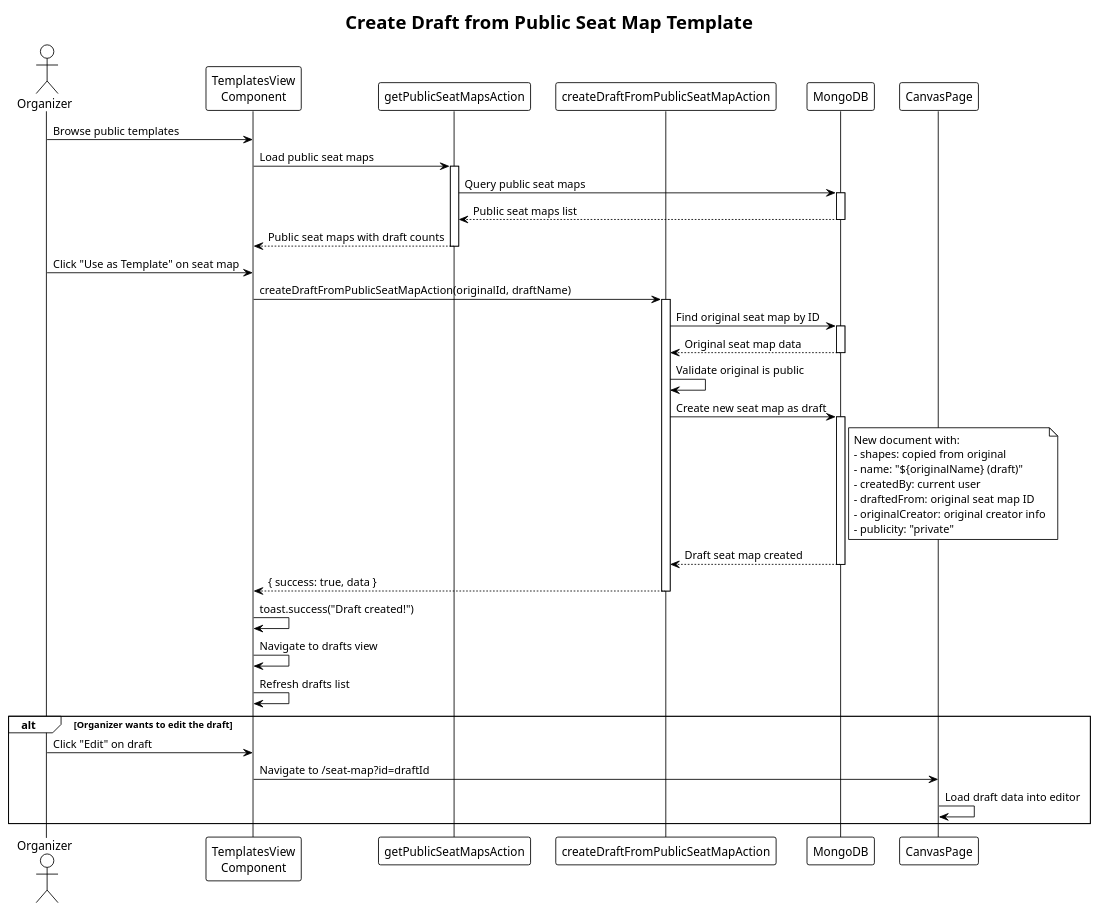
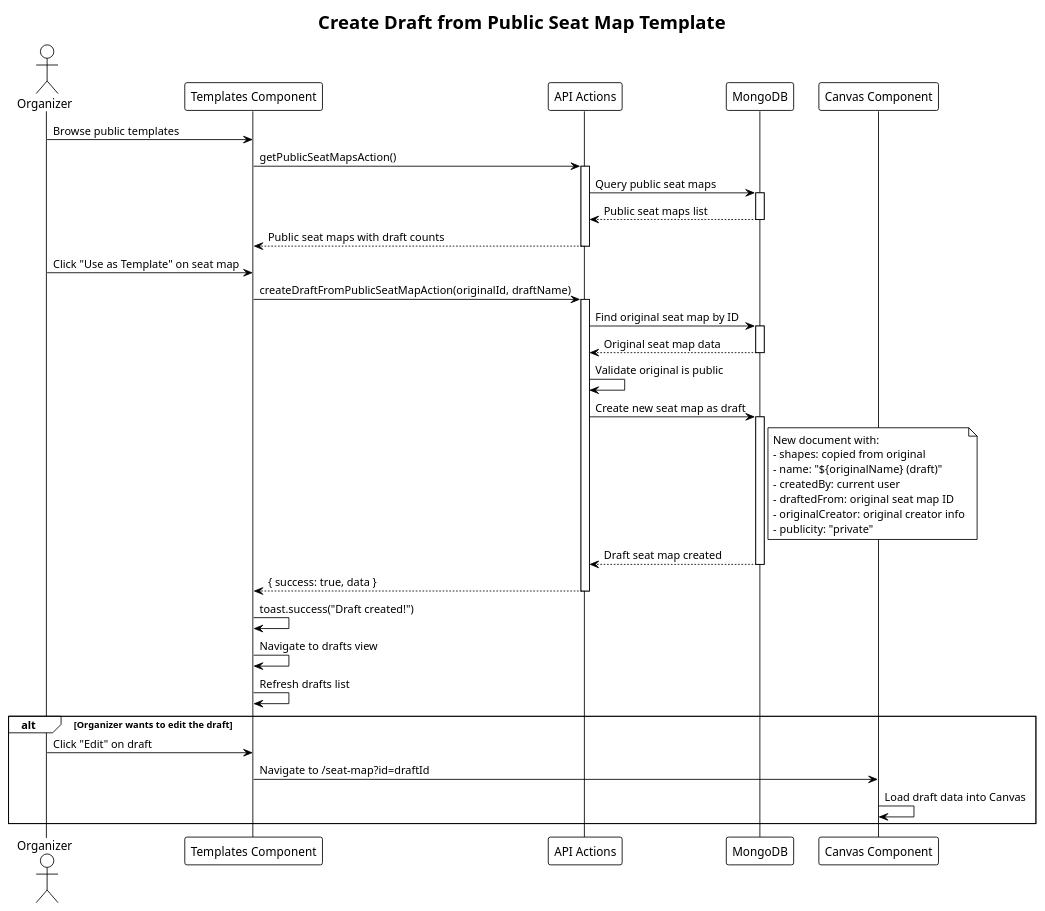
One commit to VieTicket/vieticket-monorepo changed the second of 5 diagrams in puml/seat-map.puml. Above: the diagram before and after it, drawn with PlantUML. The commit also changed other lines of this file and 4 other files, not shown here.

Commit message:
[OPS-28] seq diagram for seatmap

```diff
--- a/puml/seat-map.puml
+++ b/puml/seat-map.puml
@@ -88,62 +87,61 @@
 @startuml create-draft-from-template
 !theme plain
 title Create Draft from Public Seat Map Template
 
 actor Organizer
-participant "TemplatesView\nComponent" as Templates
-participant "getPublicSeatMapsAction" as GetPublic
-participant "createDraftFromPublicSeatMapAction" as CreateDraft
+participant "Templates Component" as Templates
+participant "API Actions" as Actions
 participant "MongoDB" as MongoDB
-participant "CanvasPage" as Canvas
+participant "Canvas Component" as Canvas
 
 Organizer -> Templates: Browse public templates
-Templates -> GetPublic: Load public seat maps
-activate GetPublic
+Templates -> Actions: getPublicSeatMapsAction()
+activate Actions
 
-GetPublic -> MongoDB: Query public seat maps
+Actions -> MongoDB: Query public seat maps
 activate MongoDB
-MongoDB --> GetPublic: Public seat maps list
+MongoDB --> Actions: Public seat maps list
 deactivate MongoDB
 
-GetPublic --> Templates: Public seat maps with draft counts
-deactivate GetPublic
+Actions --> Templates: Public seat maps with draft counts
+deactivate Actions
 
 Organizer -> Templates: Click "Use as Template" on seat map
-Templates -> CreateDraft: createDraftFromPublicSeatMapAction(originalId, draftName)
-activate CreateDraft
+Templates -> Actions: createDraftFromPublicSeatMapAction(originalId, draftName)
+activate Actions
 
-CreateDraft -> MongoDB: Find original seat map by ID
+Actions -> MongoDB: Find original seat map by ID
 activate MongoDB
-MongoDB --> CreateDraft: Original seat map data
+MongoDB --> Actions: Original seat map data
 deactivate MongoDB
 
-CreateDraft -> CreateDraft: Validate original is public
-CreateDraft -> MongoDB: Create new seat map as draft
+Actions -> Actions: Validate original is public
+Actions -> MongoDB: Create new seat map as draft
 activate MongoDB
 Note right of MongoDB
   New document with:
   - shapes: copied from original
   - name: "${originalName} (draft)"
   - createdBy: current user
   - draftedFrom: original seat map ID
   - originalCreator: original creator info
   - publicity: "private"
 end note
-MongoDB --> CreateDraft: Draft seat map created
+MongoDB --> Actions: Draft seat map created
 deactivate MongoDB
 
-CreateDraft --> Templates: { success: true, data }
-deactivate CreateDraft
+Actions --> Templates: { success: true, data }
+deactivate Actions
 
 Templates -> Templates: toast.success("Draft created!")
 Templates -> Templates: Navigate to drafts view
 Templates -> Templates: Refresh drafts list
 
 alt Organizer wants to edit the draft
     Organizer -> Templates: Click "Edit" on draft
     Templates -> Canvas: Navigate to /seat-map?id=draftId
     
-    Canvas -> Canvas: Load draft data into editor
+    Canvas -> Canvas: Load draft data into Canvas
 end
 
 @enduml
```
